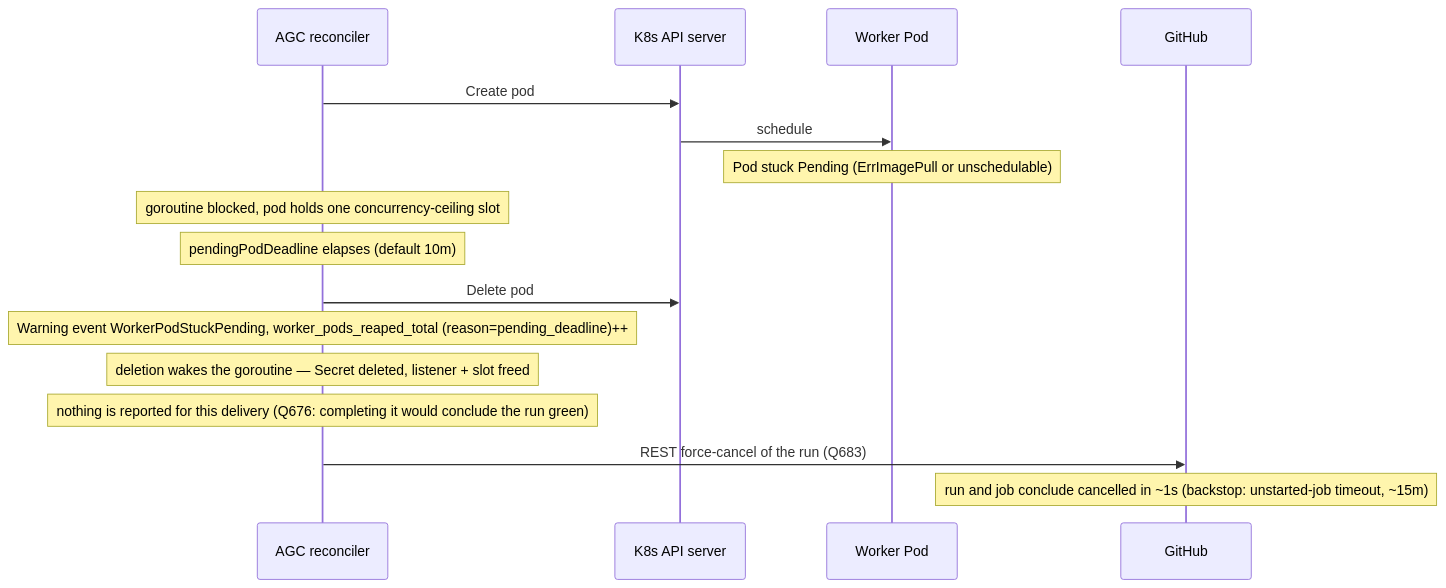
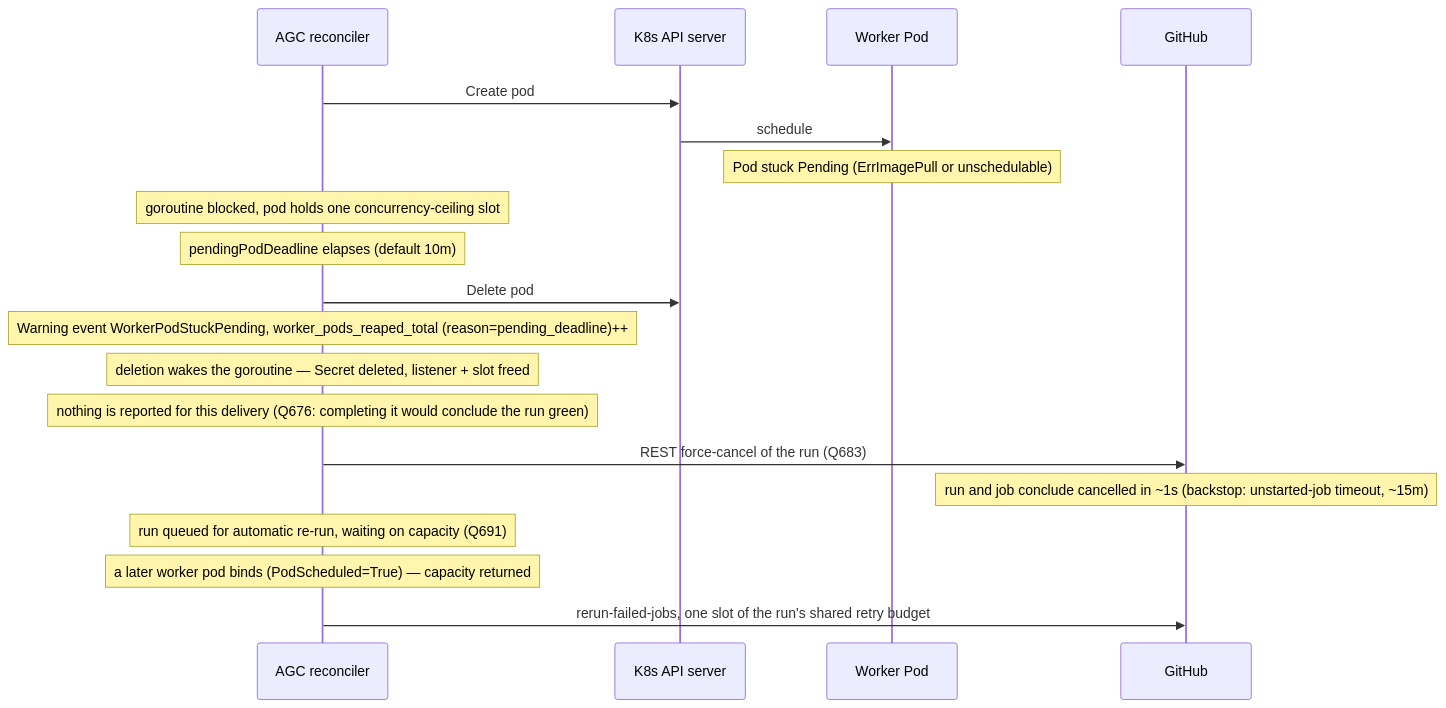
The eighth of 9 diagrams in docs/design/04-operational-flows.md (actions-gateway/github-actions-gateway), drawn with Mermaid before and after one commit. The commit also changed other lines of this file and 13 other files, not shown here.

````diff
--- a/docs/design/04-operational-flows.md
+++ b/docs/design/04-operational-flows.md
@@ -416,18 +416,21 @@
 ```mermaid
 sequenceDiagram
     participant A as AGC reconciler
     participant K as K8s API server
     participant W as Worker Pod
     participant GH as GitHub
     A->>K: Create pod
     K->>W: schedule
     Note over W: Pod stuck Pending (ErrImagePull or unschedulable)
     Note over A: goroutine blocked, pod holds one concurrency-ceiling slot
     Note over A: pendingPodDeadline elapses (default 10m)
     A->>K: Delete pod
     Note over A: Warning event WorkerPodStuckPending, worker_pods_reaped_total (reason=pending_deadline)++
     Note over A: deletion wakes the goroutine — Secret deleted, listener + slot freed
     Note over A: nothing is reported for this delivery (Q676: completing it would conclude the run green)
     A->>GH: REST force-cancel of the run (Q683)
     Note over GH: run and job conclude cancelled in ~1s (backstop: unstarted-job timeout, ~15m)
+    Note over A: run queued for automatic re-run, waiting on capacity (Q691)
+    Note over A: a later worker pod binds (PodScheduled=True) — capacity returned
+    A->>GH: rerun-failed-jobs, one slot of the run's shared retry budget
 ```
````
